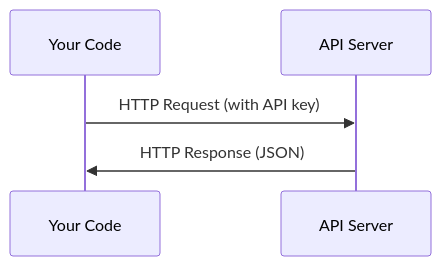
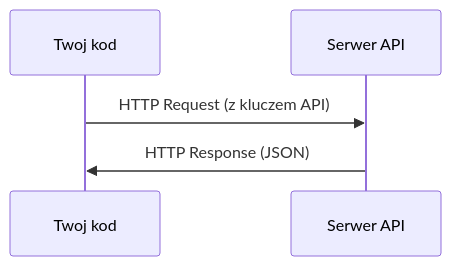
The diagram in phases/00-setup-and-tooling/04-apis-and-keys/docs/en.md (hublorx/ai-engineering-from-scratch), drawn with Mermaid before and after one commit. The commit also changed other lines of this file and 112 other files, not shown here.

````diff
--- a/phases/00-setup-and-tooling/04-apis-and-keys/docs/en.md
+++ b/phases/00-setup-and-tooling/04-apis-and-keys/docs/en.md
@@ -23,7 +23,7 @@
 ```mermaid
 sequenceDiagram
-    participant C as Your Code
-    participant S as API Server
-    C->>S: HTTP Request (with API key)
+    participant C as Twoj kod
+    participant S as Serwer API
+    C->>S: HTTP Request (z kluczem API)
     S->>C: HTTP Response (JSON)
 ```
````
